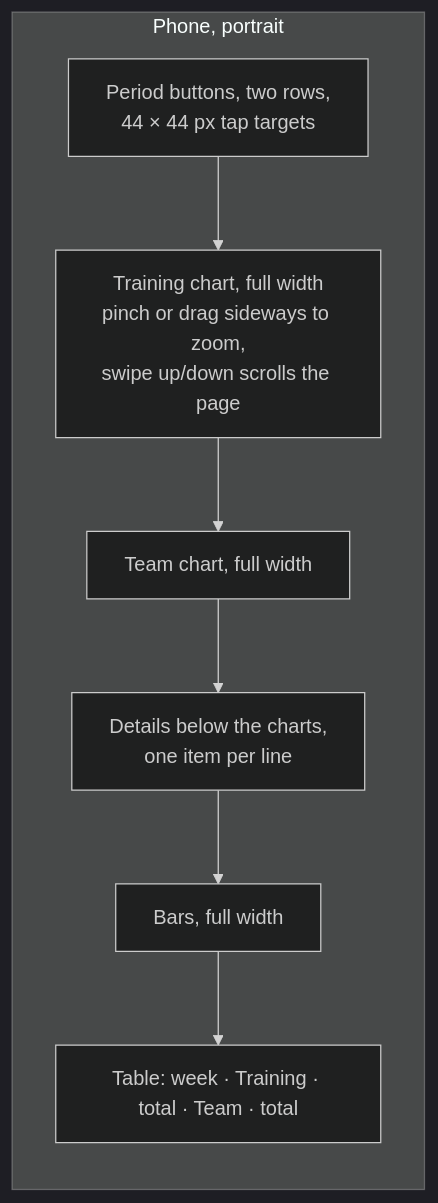
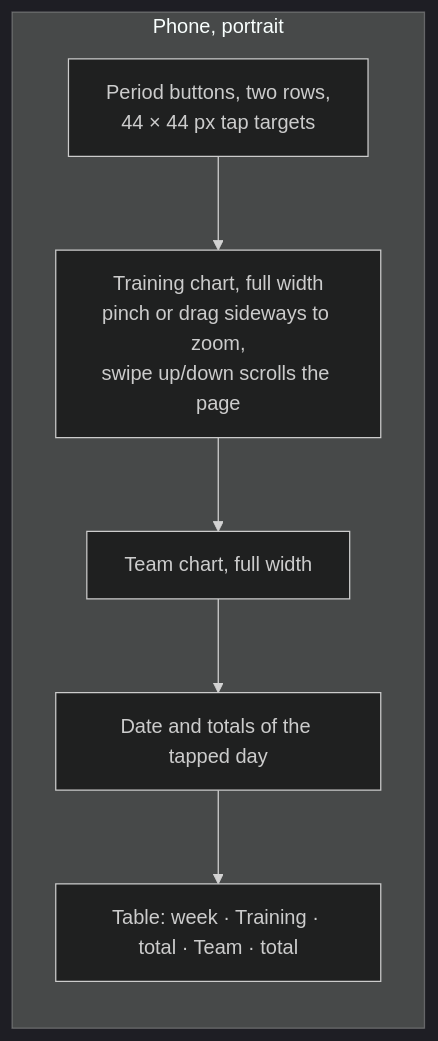
The fifth of 9 diagrams in specs/009-rider-progress-charts/spec.md (SaSteffen/RynkePoints), drawn with Mermaid (dark theme) before and after one commit. The commit also changed other lines of this file, not shown here.

First line of the commit message:
docs: apply /speckit-clarify answers to rider progress charts

````diff
--- a/specs/009-rider-progress-charts/spec.md
+++ b/specs/009-rider-progress-charts/spec.md
@@ -724,13 +648,12 @@
 ```mermaid
 flowchart TB
     subgraph phone["Phone, portrait"]
         direction TB
         p1["Period buttons, two rows,<br/>44 × 44 px tap targets"]
         p2["Training chart, full width<br/>pinch or drag sideways to zoom,<br/>swipe up/down scrolls the page"]
         p3["Team chart, full width"]
-        p4["Details below the charts,<br/>one item per line"]
-        p5["Bars, full width"]
-        p6["Table: week · Training · total · Team · total"]
-        p1 --> p2 --> p3 --> p4 --> p5 --> p6
+        p4["Date and totals of the tapped day"]
+        p5["Table: week · Training · total · Team · total"]
+        p1 --> p2 --> p3 --> p4 --> p5
     end
 ```
````
